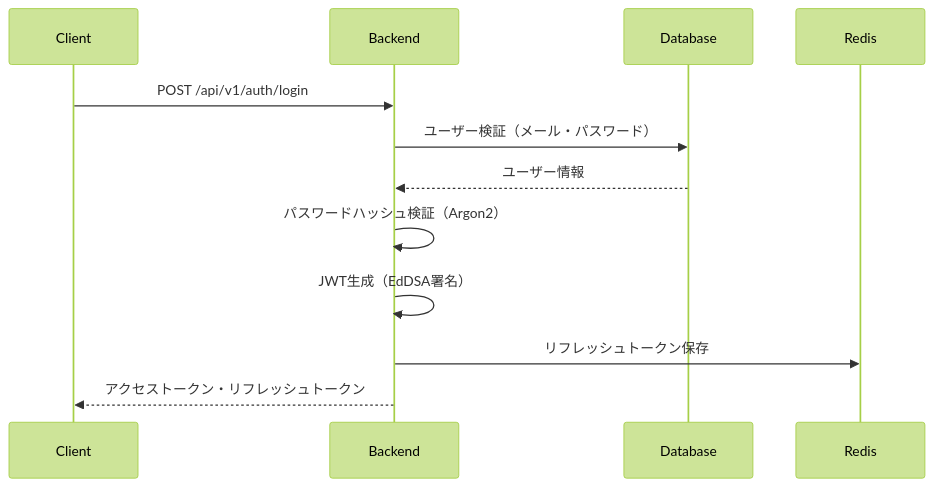
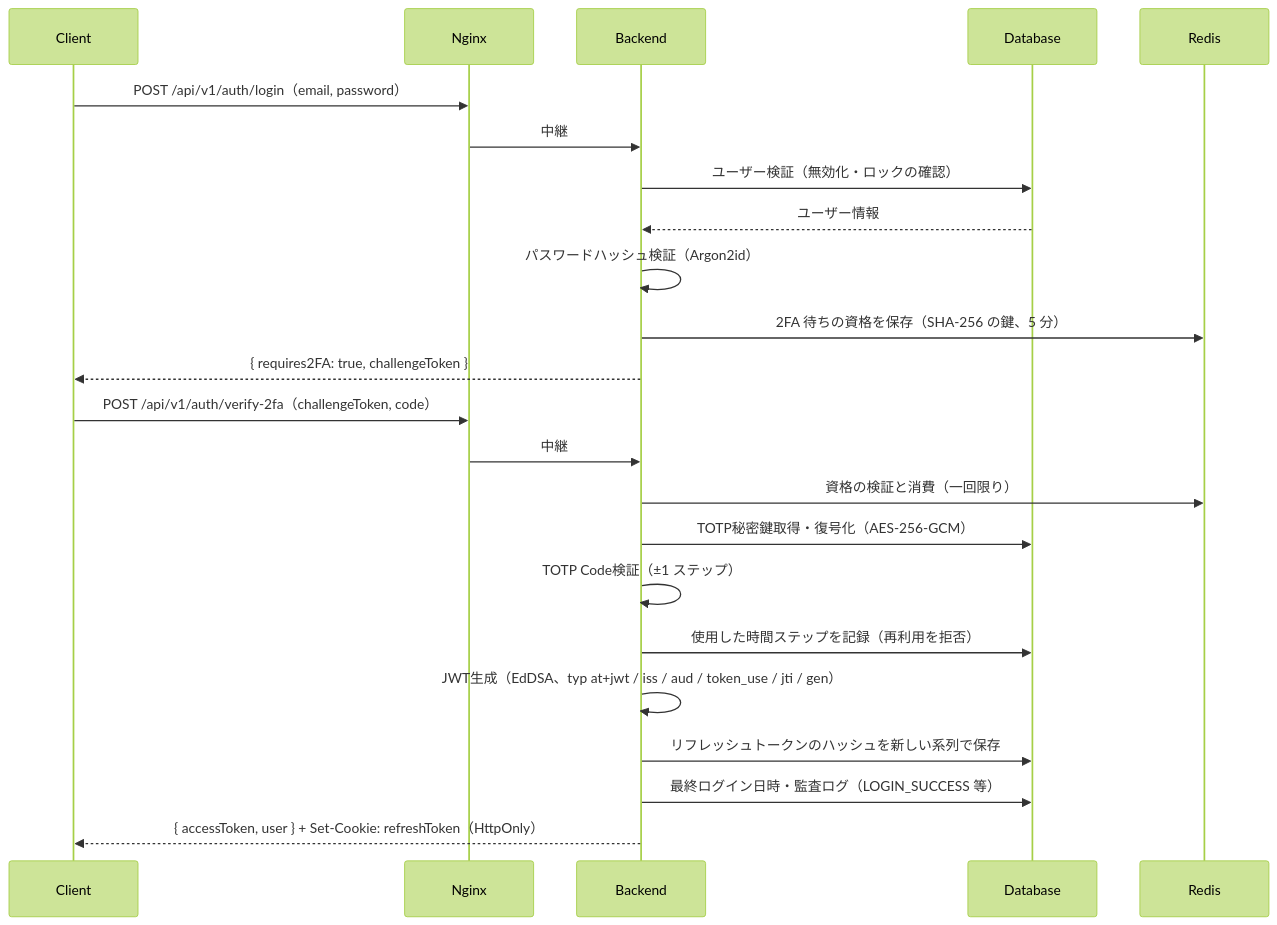
The first of 8 diagrams in docs/architecture/data-flow.md (inakanou/ArchiTrack), drawn with Mermaid (forest theme) before and after one commit. The commit also changed other lines of this file and 15 other files, not shown here.

````diff
--- a/docs/architecture/data-flow.md
+++ b/docs/architecture/data-flow.md
@@ -39,15 +53,27 @@
 ```mermaid
 sequenceDiagram
     participant Client
+    participant Nginx
     participant Backend
     participant Database
     participant Redis
 
-    Client->>Backend: POST /api/v1/auth/login
-    Backend->>Database: ユーザー検証（メール・パスワード）
+    Client->>Nginx: POST /api/v1/auth/login（email, password）
+    Nginx->>Backend: 中継
+    Backend->>Database: ユーザー検証（無効化・ロックの確認）
     Database-->>Backend: ユーザー情報
-    Backend->>Backend: パスワードハッシュ検証（Argon2）
-    Backend->>Backend: JWT生成（EdDSA署名）
-    Backend->>Redis: リフレッシュトークン保存
-    Backend-->>Client: アクセストークン・リフレッシュトークン
+    Backend->>Backend: パスワードハッシュ検証（Argon2id）
+    Backend->>Redis: 2FA 待ちの資格を保存（SHA-256 の鍵、5 分）
+    Backend-->>Client: { requires2FA: true, challengeToken }
+
+    Client->>Nginx: POST /api/v1/auth/verify-2fa（challengeToken, code）
+    Nginx->>Backend: 中継
+    Backend->>Redis: 資格の検証と消費（一回限り）
+    Backend->>Database: TOTP秘密鍵取得・復号化（AES-256-GCM）
+    Backend->>Backend: TOTP Code検証（±1 ステップ）
+    Backend->>Database: 使用した時間ステップを記録（再利用を拒否）
+    Backend->>Backend: JWT生成（EdDSA、typ at+jwt / iss / aud / token_use / jti / gen）
+    Backend->>Database: リフレッシュトークンのハッシュを新しい系列で保存
+    Backend->>Database: 最終ログイン日時・監査ログ（LOGIN_SUCCESS 等）
+    Backend-->>Client: { accessToken, user } + Set-Cookie: refreshToken（HttpOnly）
 ```
````
